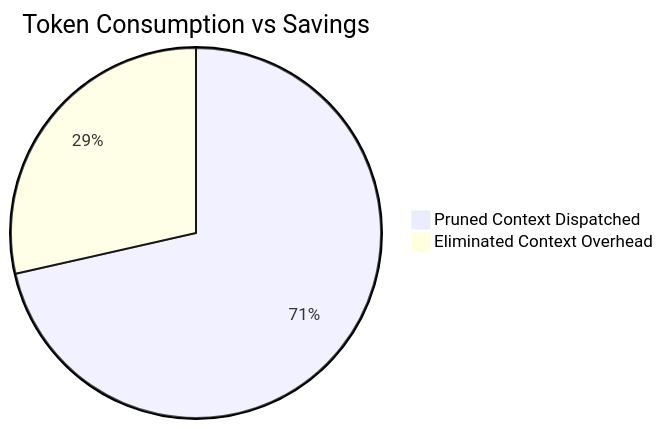
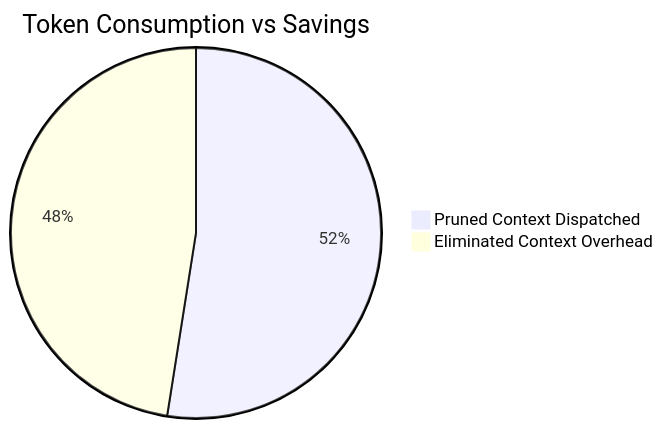
The diagram in workplace/docs/reports/token_savings_report.md (lakhwindersingh/nb_fairyfly), drawn with Mermaid before and after one commit. The commit also changed other lines of this file and 23 other files, not shown here.

````diff
--- a/workplace/docs/reports/token_savings_report.md
+++ b/workplace/docs/reports/token_savings_report.md
@@ -26,5 +26,5 @@
 ```mermaid
 pie title Token Consumption vs Savings
-    "Pruned Context Dispatched" : 4076
-    "Eliminated Context Overhead" : 1628
+    "Pruned Context Dispatched" : 30213
+    "Eliminated Context Overhead" : 27344
 ```
````
